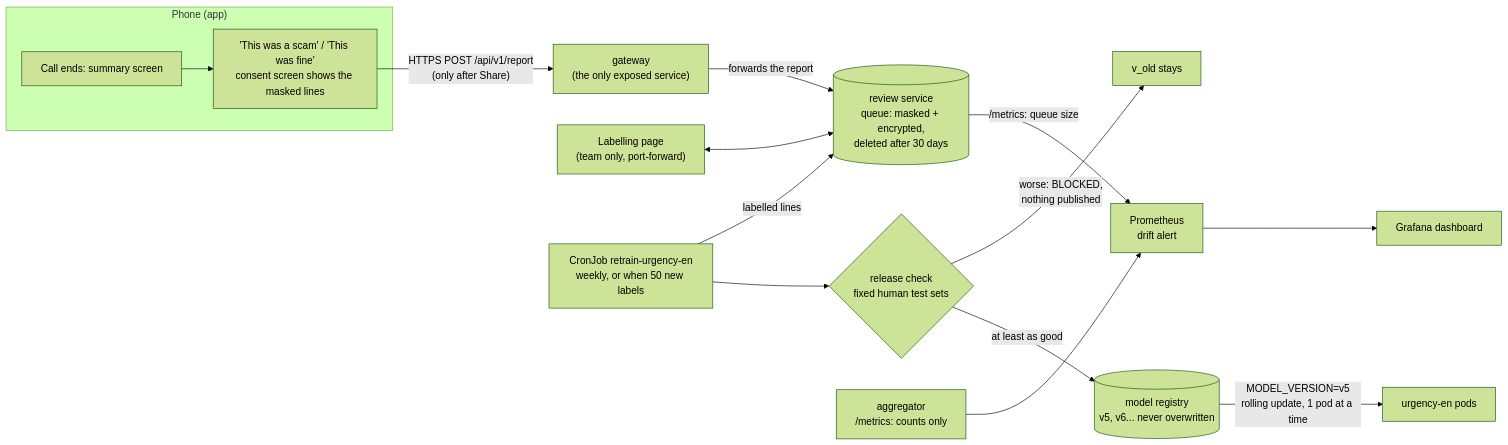
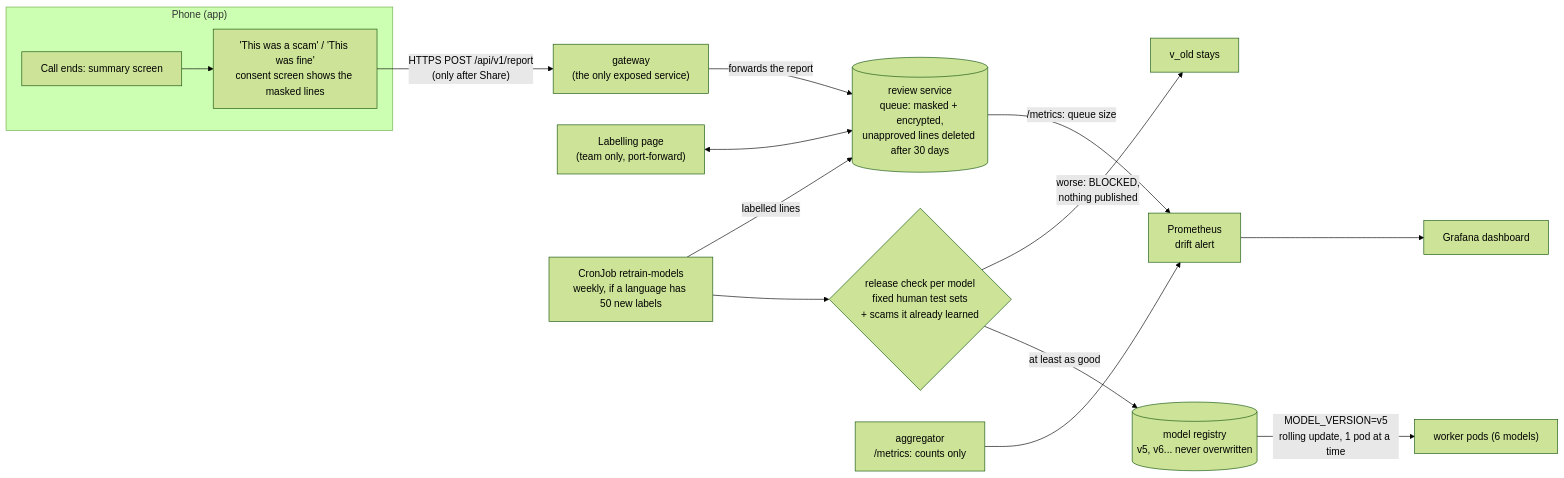
One commit to notmufliha/CSC3104-CLOUD changed the diagram in demo/LEARNING_LOOP.md. Above: the diagram before and after it, drawn with Mermaid (forest theme). The commit also changed other lines of this file and 42 other files, not shown here.

First line of the commit message:
Workstream H: retrain all six fast models and keep approved report lines

````diff
--- a/demo/LEARNING_LOOP.md
+++ b/demo/LEARNING_LOOP.md
@@ -11,16 +13,16 @@
 ```mermaid
 flowchart LR
     subgraph phone["Phone (app)"]
         call["Call ends: summary screen"] --> consent["'This was a scam' / 'This was fine'<br/>consent screen shows the masked lines"]
     end
     consent -- "HTTPS POST /api/v1/report<br/>(only after Share)" --> gw["gateway<br/>(the only exposed service)"]
-    gw -- "forwards the report" --> review[("review service<br/>queue: masked + encrypted,<br/>deleted after 30 days")]
+    gw -- "forwards the report" --> review[("review service<br/>queue: masked + encrypted,<br/>unapproved lines deleted after 30 days")]
     label["Labelling page<br/>(team only, port-forward)"] <--> review
-    cron["CronJob retrain-urgency-en<br/>weekly, or when 50 new labels"] -- "labelled lines" --> review
-    cron --> check{"release check<br/>fixed human test sets"}
+    cron["CronJob retrain-models<br/>weekly, if a language has 50 new labels"] -- "labelled lines" --> review
+    cron --> check{"release check per model<br/>fixed human test sets<br/>+ scams it already learned"}
     check -- "worse: BLOCKED,<br/>nothing published" --> stop["v_old stays"]
     check -- "at least as good" --> registry[("model registry<br/>v5, v6... never overwritten")]
-    registry -- "MODEL_VERSION=v5<br/>rolling update, 1 pod at a time" --> worker["urgency-en pods"]
+    registry -- "MODEL_VERSION=v5<br/>rolling update, 1 pod at a time" --> worker["worker pods (6 models)"]
     agg["aggregator<br/>/metrics: counts only"] --> prom["Prometheus<br/>drift alert"] --> graf["Grafana dashboard"]
     review -- "/metrics: queue size" --> prom
 ```
````
